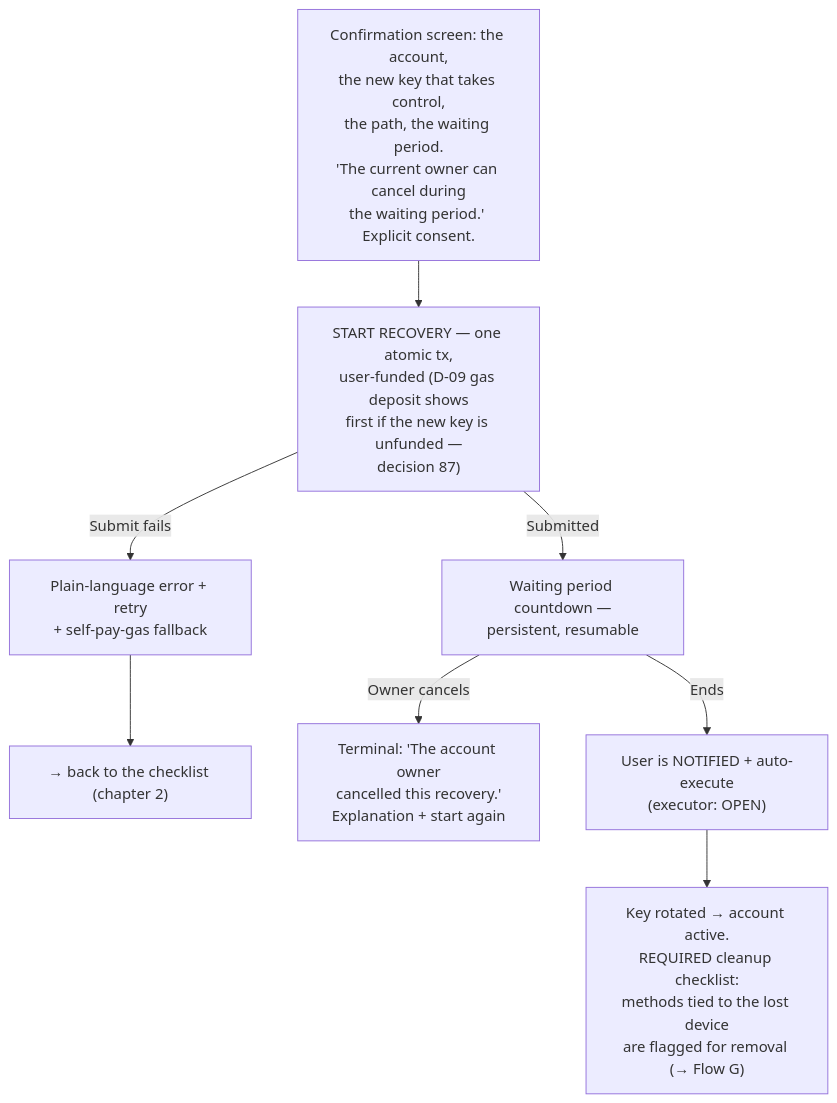
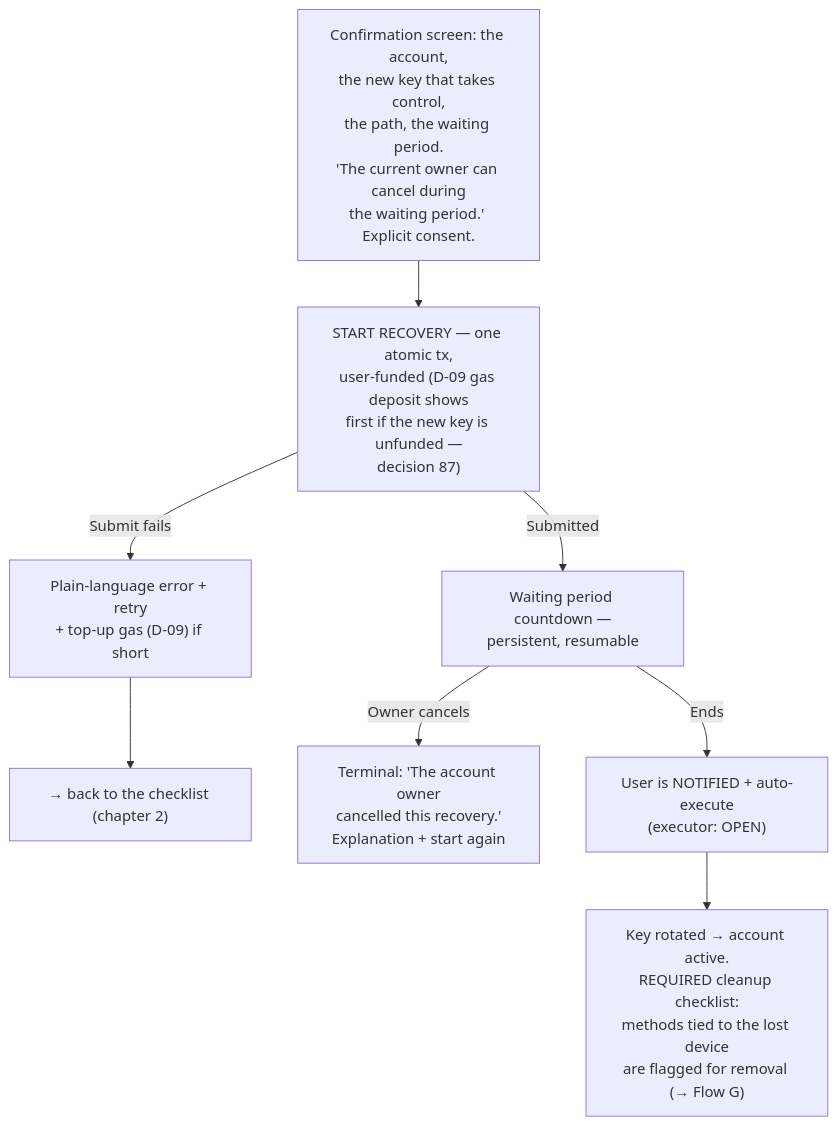
The seventh of 14 diagrams in social-recovery-ux-flows.md (FiboAtWonder/kohaku-extension), drawn with Mermaid before and after one commit. The commit also changed other lines of this file and 1 other file, not shown here.

Commit message:
docs: verifier fixes — 6 blockers + minors (stale 24h floor, Flow F/G nodes, inventory email row, funding wording, crossrefs)

````diff
--- a/social-recovery-ux-flows.md
+++ b/social-recovery-ux-flows.md
@@ -225,12 +225,12 @@
 ```mermaid
 flowchart TD
     CF["Confirmation screen: the account,<br/>the new key that takes control,<br/>the path, the waiting period.<br/>'The current owner can cancel during<br/>the waiting period.' Explicit consent."] --> I["START RECOVERY — one atomic tx,<br/>user-funded (D-09 gas deposit shows<br/>first if the new key is unfunded —<br/>decision 87)"]
-    I -->|Submit fails| I2["Plain-language error + retry<br/>+ self-pay-gas fallback"]
+    I -->|Submit fails| I2["Plain-language error + retry<br/>+ top-up gas (D-09) if short"]
     I2 --> BK["→ back to the checklist (chapter 2)"]
     I -->|Submitted| J["Waiting period countdown —<br/>persistent, resumable"]
     J -->|Owner cancels| XC["Terminal: 'The account owner<br/>cancelled this recovery.'<br/>Explanation + start again"]
     J -->|Ends| K["User is NOTIFIED + auto-execute<br/>(executor: OPEN)"]
     K --> L["Key rotated → account active.<br/>REQUIRED cleanup checklist:<br/>methods tied to the lost device<br/>are flagged for removal (→ Flow G)"]
 
     click L href "#flow-g--recovery-path--method-management"
 ```
````
